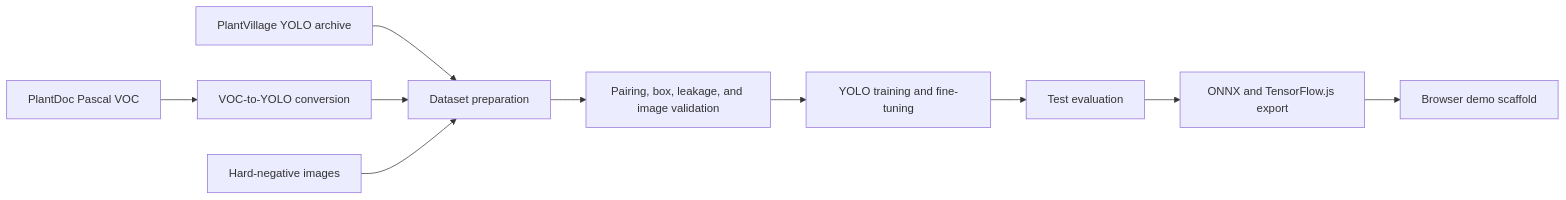
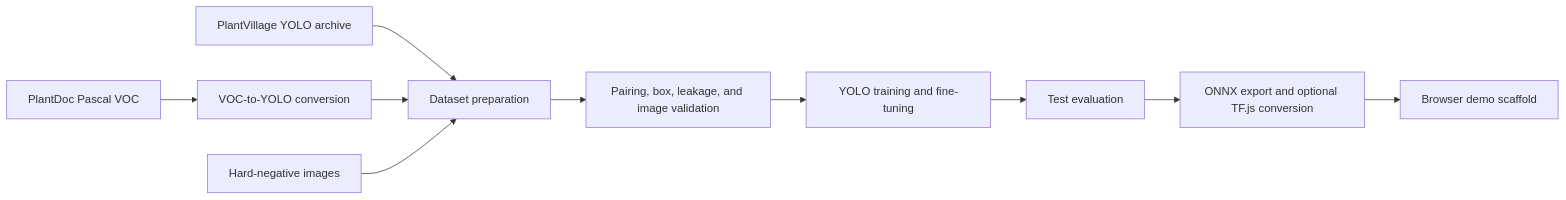
One commit to fishman7337/leaf-object-detection changed the diagram in README.md. Above: the diagram before and after it, drawn with Mermaid. The commit also changed other lines of this file and 4 other files, not shown here.

````diff
--- a/README.md
+++ b/README.md
@@ -54,12 +56,12 @@
 ```mermaid
 flowchart LR
     A["PlantVillage YOLO archive"] --> D["Dataset preparation"]
     B["PlantDoc Pascal VOC"] --> C["VOC-to-YOLO conversion"]
     C --> D
     N["Hard-negative images"] --> D
     D --> V["Pairing, box, leakage, and image validation"]
     V --> T["YOLO training and fine-tuning"]
     T --> E["Test evaluation"]
-    E --> O["ONNX and TensorFlow.js export"]
+    E --> O["ONNX export and optional TF.js conversion"]
     O --> W["Browser demo scaffold"]
 ```
````
